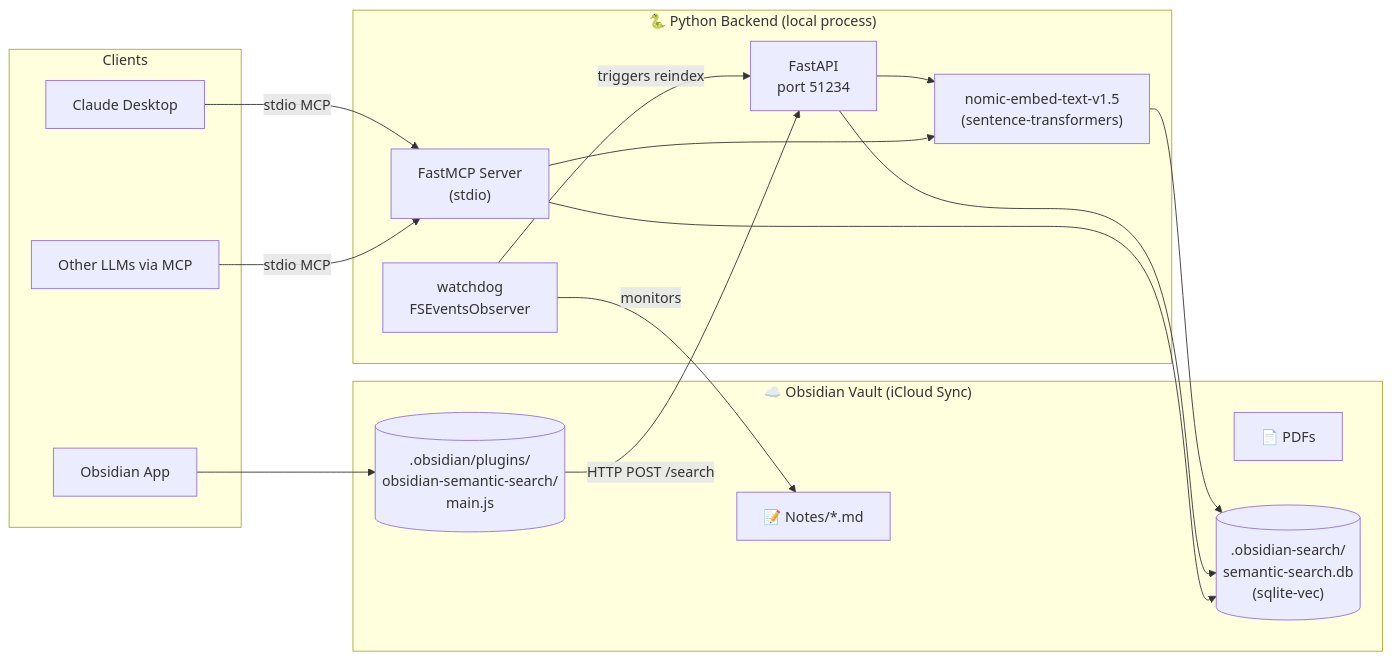
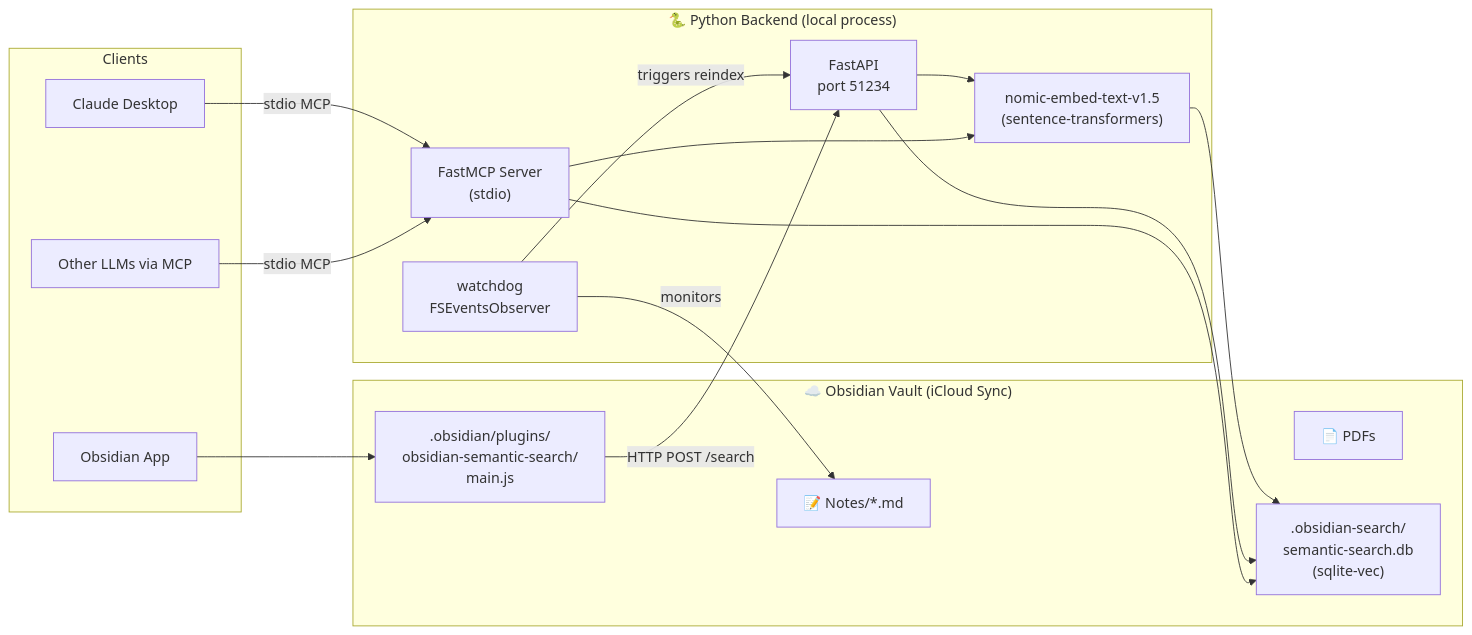
The first of 7 diagrams in docs/userflows.md (unnitin/obsidian-mcp), drawn with Mermaid before and after one commit. The commit also changed other lines of this file and 8 other files, not shown here.

````diff
--- a/docs/userflows.md
+++ b/docs/userflows.md
@@ -11,34 +11,34 @@
 ```mermaid
 graph LR
     subgraph iCloud ["☁️ Obsidian Vault (iCloud Sync)"]
         Notes["📝 Notes/*.md"]
         PDFs["📄 PDFs"]
-        DB[(".obsidian-search/\nsemantic-search.db\n(sqlite-vec)")]
-        Plugin[(".obsidian/plugins/\nobsidian-semantic-search/\nmain.js")]
+        DB[".obsidian-search/<br/>semantic-search.db<br/>(sqlite-vec)"]
+        Plugin[".obsidian/plugins/<br/>obsidian-semantic-search/<br/>main.js"]
     end
 
     subgraph Backend ["🐍 Python Backend (local process)"]
-        API["FastAPI\nport 51234"]
-        MCP_SRV["FastMCP Server\n(stdio)"]
-        Embedder["nomic-embed-text-v1.5\n(sentence-transformers)"]
-        Watcher["watchdog\nFSEventsObserver"]
+        API["FastAPI<br/>port 51234"]
+        MCP_SRV["FastMCP Server<br/>(stdio)"]
+        Embedder["nomic-embed-text-v1.5<br/>(sentence-transformers)"]
+        Watcher["watchdog<br/>FSEventsObserver"]
     end
 
     subgraph Clients ["Clients"]
         Obsidian["Obsidian App"]
         Claude["Claude Desktop"]
         LLMs["Other LLMs via MCP"]
     end
 
     Obsidian --> Plugin
     Plugin -->|"HTTP POST /search"| API
     Claude -->|"stdio MCP"| MCP_SRV
     LLMs -->|"stdio MCP"| MCP_SRV
     API --> Embedder
     MCP_SRV --> Embedder
     Embedder --> DB
     Watcher -->|"monitors"| Notes
     Watcher -->|"triggers reindex"| API
     API --> DB
     MCP_SRV --> DB
 ```
````
